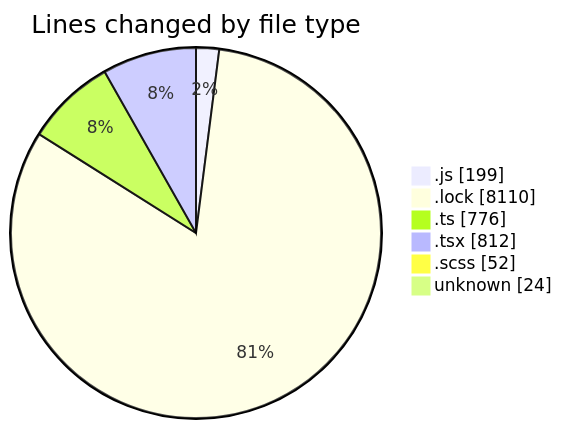
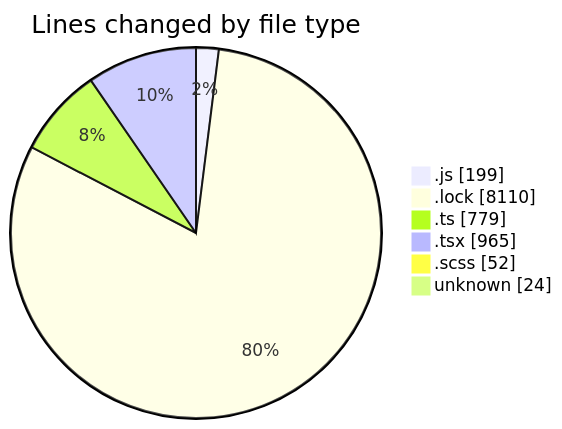
One commit to momahboobian/code-tracking changed the first of 2 diagrams in 2025-02-07/cda/README.md. Above: the diagram before and after it, drawn with Mermaid. The commit also changed other lines of this file and 1 other file, not shown here.

````diff
--- a/2025-02-07/cda/README.md
+++ b/2025-02-07/cda/README.md
@@ -53,10 +56,10 @@
 ```mermaid
 pie showData
 title Lines changed by file type
 ".js" : 199
 ".lock" : 8110
-".ts" : 776
-".tsx" : 812
+".ts" : 779
+".tsx" : 965
 ".scss" : 52
 "unknown" : 24
 ```
````
